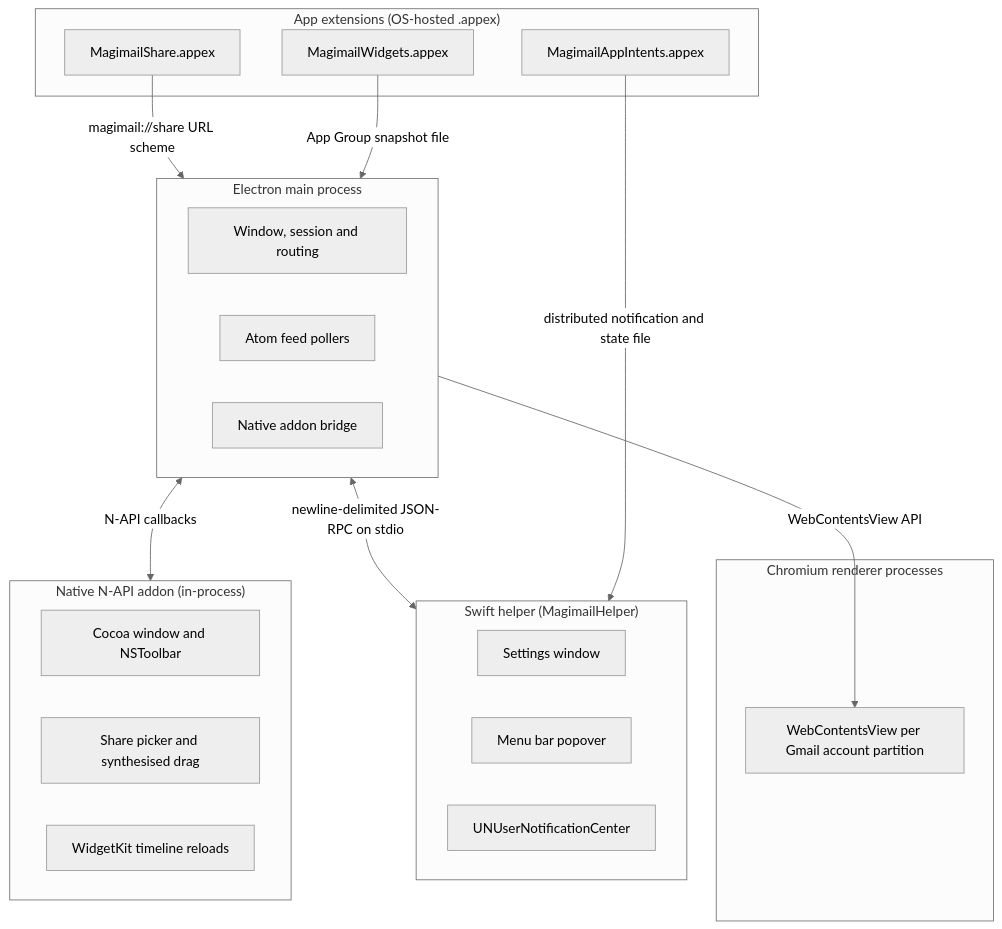
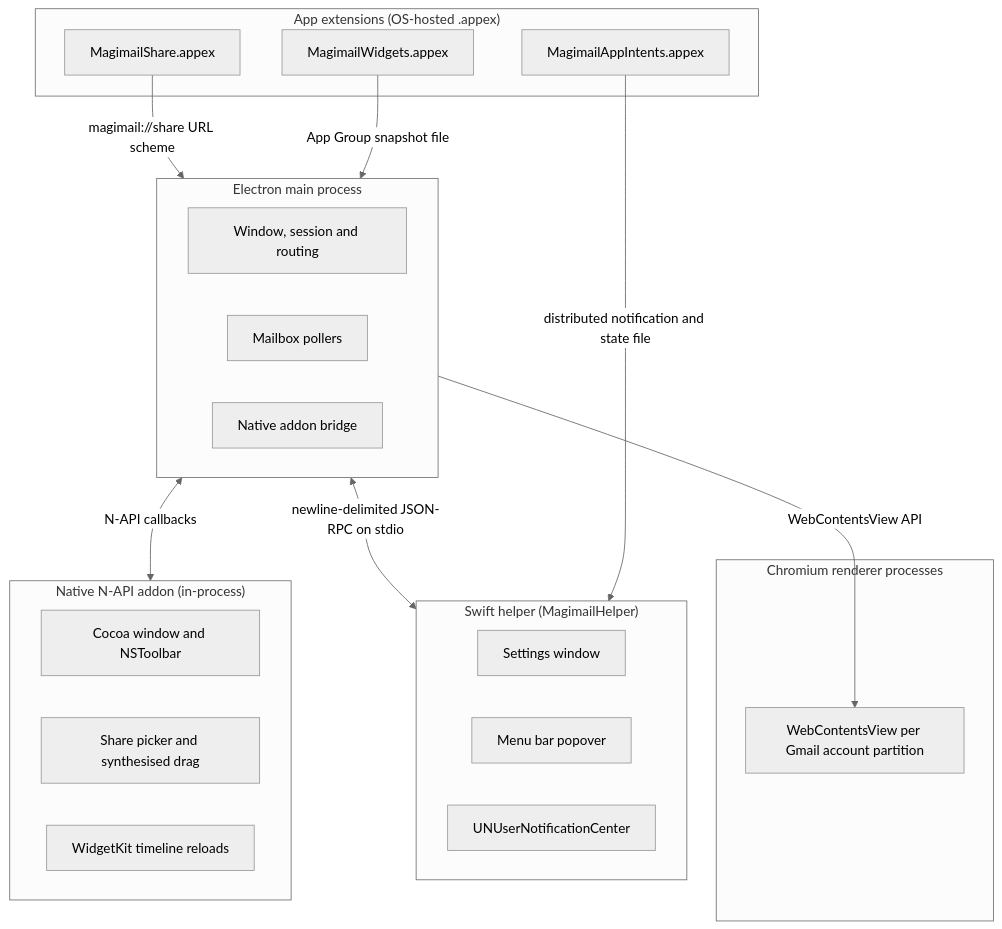
One commit to alxhslm/magic-apps changed the first of 2 diagrams in docs/magimail/overview.md. Above: the diagram before and after it, drawn with Mermaid (neutral theme). The commit also changed other lines of this file and 26 other files, not shown here.

Commit message:
fix(magimail): reconcile Atom feed and local cache via UnreadLedger (#32)

````diff
--- a/docs/magimail/overview.md
+++ b/docs/magimail/overview.md
@@ -19,37 +19,37 @@
 ```mermaid
 flowchart TD
     subgraph Main["Electron main process"]
         Orchestration["Window, session and routing"]
-        Pollers["Atom feed pollers"]
+        Pollers["Mailbox pollers"]
         AddonBridge["Native addon bridge"]
     end
 
     subgraph Renderers["Chromium renderer processes"]
         Views["WebContentsView per Gmail account partition"]
     end
 
     subgraph Helper["Swift helper (MagimailHelper)"]
         SettingsWin["Settings window"]
         StatusItem["Menu bar popover"]
         Notify["UNUserNotificationCenter"]
     end
 
     subgraph Addon["Native N-API addon (in-process)"]
         Cocoa["Cocoa window and NSToolbar"]
         Drag["Share picker and synthesised drag"]
         WidgetReload["WidgetKit timeline reloads"]
     end
 
     subgraph Ext["App extensions (OS-hosted .appex)"]
         Share["MagimailShare.appex"]
         Widgets["MagimailWidgets.appex"]
         Intents["MagimailAppIntents.appex"]
     end
 
     Main -->|"WebContentsView API"| Views
     Main <-->|"newline-delimited JSON-RPC on stdio"| Helper
     Main <-->|"N-API callbacks"| Addon
     Share -->|"magimail://share URL scheme"| Main
     Widgets -->|"App Group snapshot file"| Main
     Intents -->|"distributed notification and state file"| Helper
 ```
````
